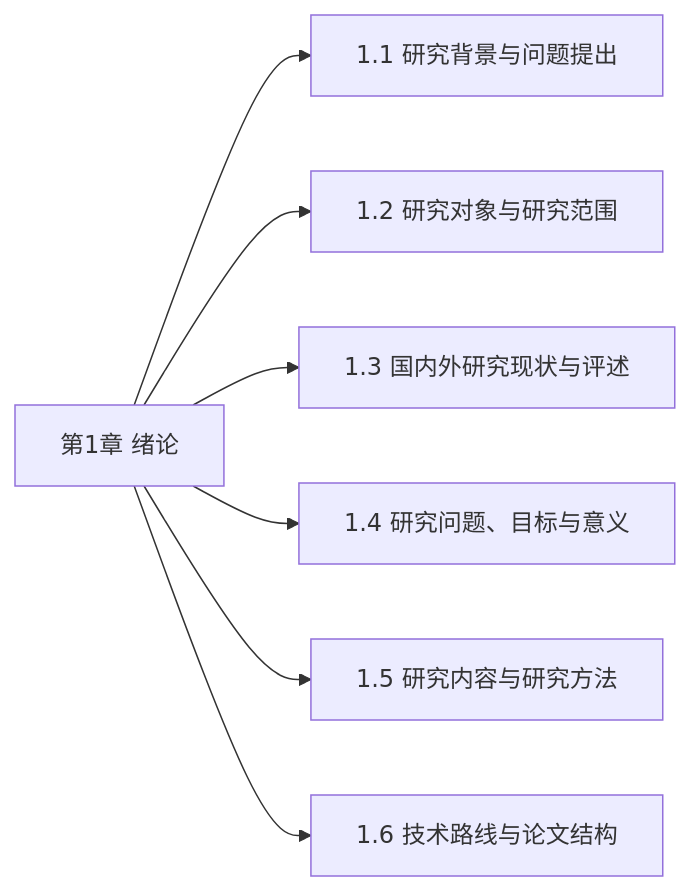
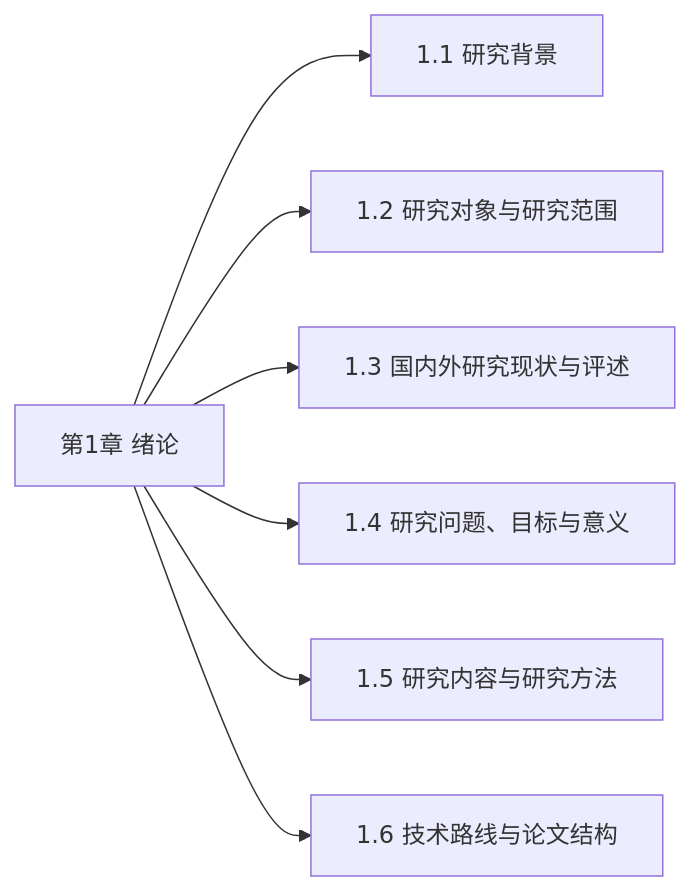
Before and after one commit to WYLINX601/Linx_paper: the diagram in 论文章节/章节导航/01-绪论.md, drawn with Mermaid. The commit also changed other lines of this file and 205 other files, not shown here.

Commit message:
Update research outline, framework diagrams and fieldwork materials

````diff
--- a/论文章节/章节导航/01-绪论.md
+++ b/论文章节/章节导航/01-绪论.md
@@ -84,16 +84,16 @@
 ```mermaid
 flowchart LR
   chapter-1["第1章 绪论"]
-  section-1-1["1.1 研究背景与问题提出"]
+  section-1-1["1.1 研究背景"]
   chapter-1 --> section-1-1
   section-1-3["1.2 研究对象与研究范围"]
   chapter-1 --> section-1-3
   section-1-4["1.3 国内外研究现状与评述"]
   chapter-1 --> section-1-4
   section-1-2["1.4 研究问题、目标与意义"]
   chapter-1 --> section-1-2
   section-1-5["1.5 研究内容与研究方法"]
   chapter-1 --> section-1-5
   section-1-6["1.6 技术路线与论文结构"]
   chapter-1 --> section-1-6
 ```
````
